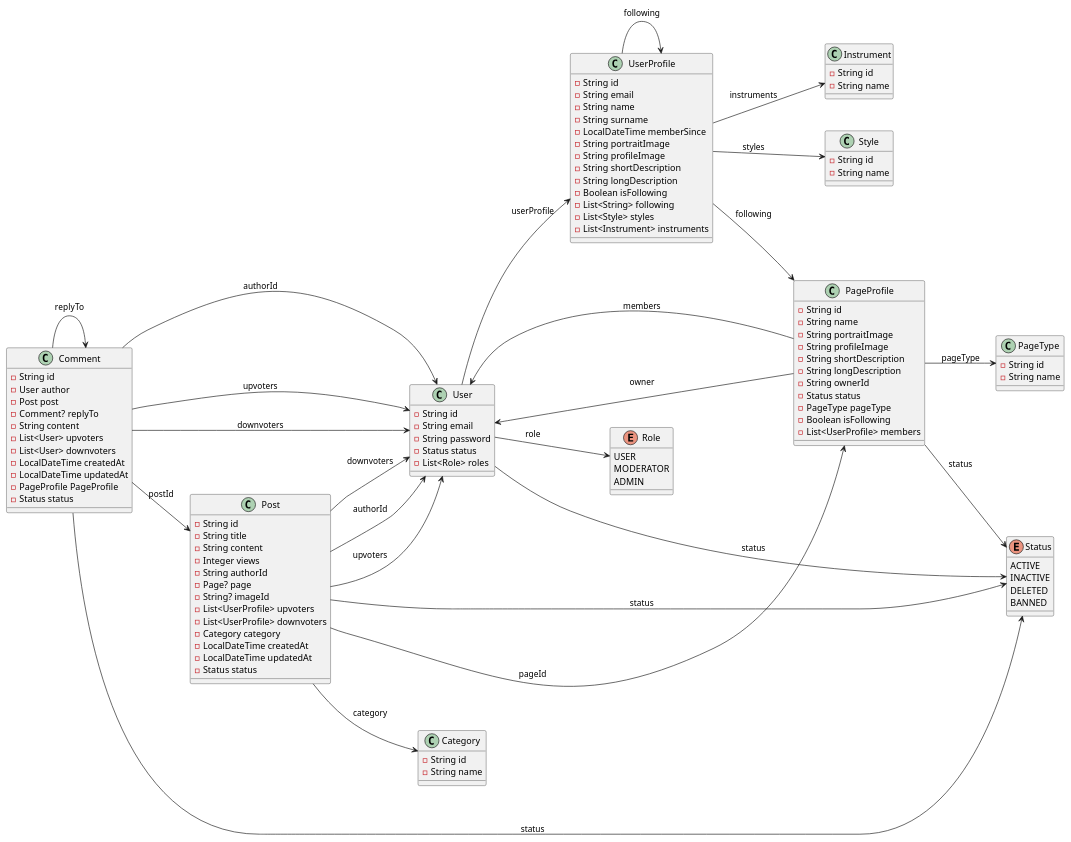
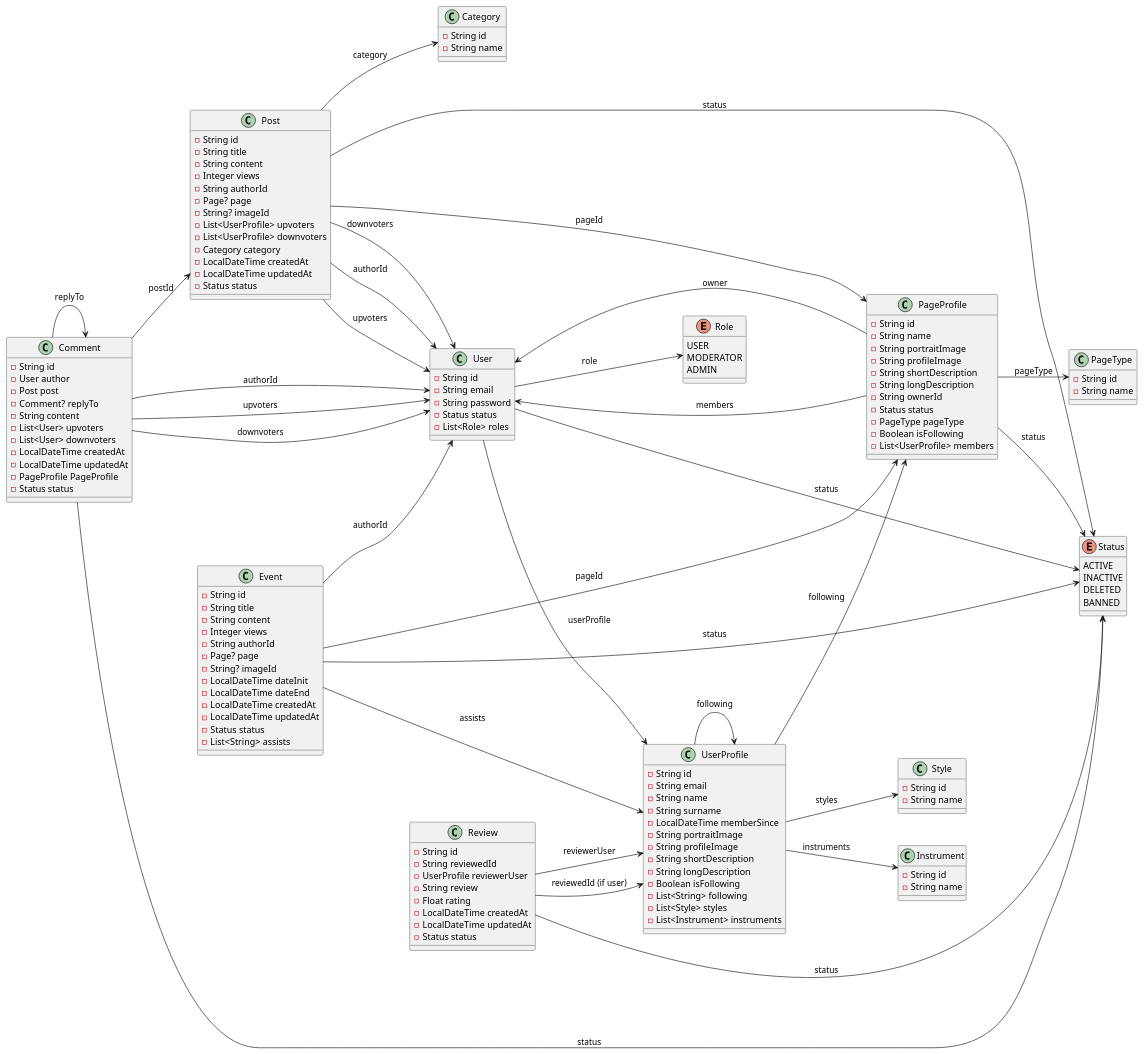
One commit to 2piradrian/seminario-docs changed the diagram in domain-class-seminario.puml. Above: the diagram before and after it, drawn with PlantUML. The commit also changed 2 other files, not shown here.

```diff
--- a/domain-class-seminario.puml
+++ b/domain-class-seminario.puml
@@ -1,131 +1,166 @@
 @startuml entity-model
 left to right direction
 skinparam nodesep 50
 skinparam ranksep 50
 
     enum Role {
         USER
         MODERATOR
         ADMIN
     }
 
     enum Status {
         ACTIVE
         INACTIVE
         DELETED
         BANNED
     }
 
     class Category {
         - String id
         - String name
     }
 
     class PageType {
         - String id
         - String name
     }
 
     class Instrument {
         - String id
         - String name
     }
 
     class Style {
         - String id
         - String name
     }
 
     class Comment {
         - String id
         - User author
         - Post post
         - Comment? replyTo
         - String content
         - List<User> upvoters
         - List<User> downvoters
         - LocalDateTime createdAt
         - LocalDateTime updatedAt
         - PageProfile PageProfile
         - Status status
     }
 
     class Post {
         - String id
         - String title
         - String content
         - Integer views
         - String authorId
         - Page? page
         - String? imageId
         - List<UserProfile> upvoters
         - List<UserProfile> downvoters
         - Category category
         - LocalDateTime createdAt
         - LocalDateTime updatedAt
         - Status status
     }
 
     class User {
         - String id
         - String email
         - String password
         - Status status
         - List<Role> roles
     }
 
     class UserProfile {
         - String id
         - String email
         - String name
         - String surname
         - LocalDateTime memberSince
         - String portraitImage
         - String profileImage
         - String shortDescription
         - String longDescription
         - Boolean isFollowing
         - List<String> following
         - List<Style> styles
         - List<Instrument> instruments
     }
 
     class PageProfile {
         - String id
         - String name
         - String portraitImage
         - String profileImage
         - String shortDescription
         - String longDescription
         - String ownerId
         - Status status
         - PageType pageType
         - Boolean isFollowing
         - List<UserProfile> members
     }
 
+    class Event {
+        - String id
+        - String title
+        - String content
+        - Integer views
+        - String authorId
+        - Page? page
+        - String? imageId
+        - LocalDateTime dateInit
+        - LocalDateTime dateEnd
+        - LocalDateTime createdAt
+        - LocalDateTime updatedAt
+        - Status status
+        - List<String> assists
+
+    }
+
+    class Review {
+        - String id
+        - String reviewedId
+        - UserProfile reviewerUser
+        - String review
+        - Float rating
+        - LocalDateTime createdAt
+        - LocalDateTime updatedAt
+        - Status status  
+    }
+
     Comment --> Post : postId
     Comment --> Comment : replyTo
     Comment --> Status : status
     Comment --> User : authorId
     Comment --> User : upvoters
     Comment --> User : downvoters
     Post --> Category : category
     Post --> Status : status
     Post --> User : authorId
     Post --> PageProfile : pageId
     Post --> User : upvoters
     Post --> User : downvoters
     User --> Role : role
     User --> Status : status
     User --> UserProfile : userProfile
     UserProfile --> Style :  styles
     UserProfile --> Instrument :  instruments
     PageProfile --> User : members
     PageProfile --> User : owner
     PageProfile --> PageType : pageType
     PageProfile --> Status : status
     UserProfile --> PageProfile : following
     UserProfile --> UserProfile : following
+    Event --> User : authorId
+    Event --> PageProfile : pageId
+    Event --> Status : status
+    Event --> UserProfile : assists
+    Review --> UserProfile : reviewerUser
+    Review --> Status : status
+    Review --> UserProfile : reviewedId (if user)
 
 @enduml
```
